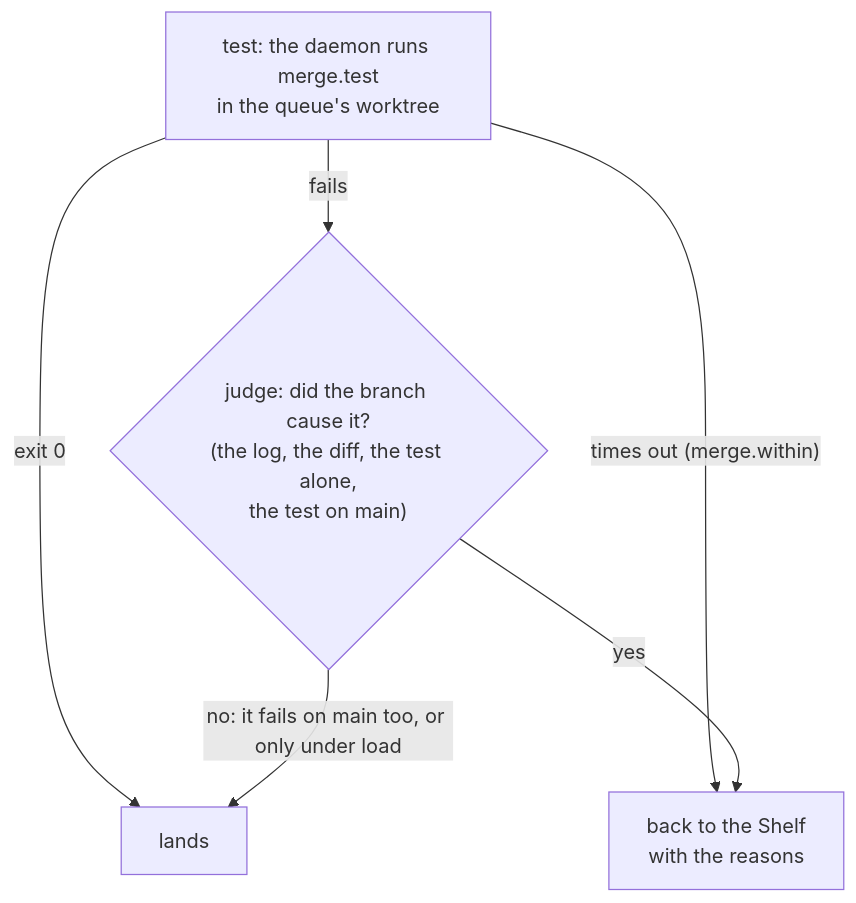
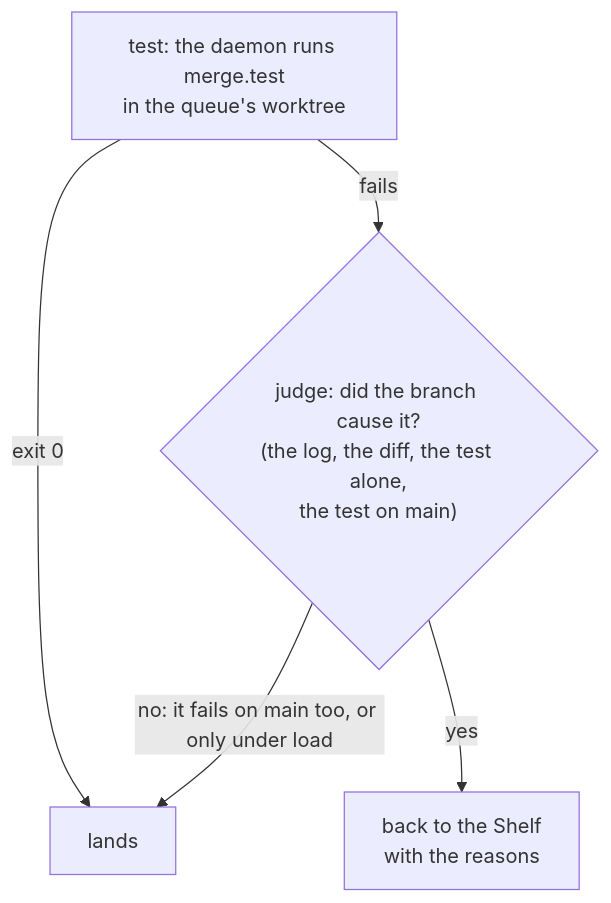
One commit to tampopogk/kanna changed the fourth of 5 diagrams in docs/specs/merge-queue.md. Above: the diagram before and after it, drawn with Mermaid. The commit also changed other lines of this file and 3 other files, not shown here.

Commit message:
Merge queue: the tests have no time limit; merge.within is gone, and only a repo's own pipeline can set within on a stage

````diff
--- a/docs/specs/merge-queue.md
+++ b/docs/specs/merge-queue.md
@@ -131,8 +131,7 @@
 ```mermaid
 flowchart TD
     T["test: the daemon runs merge.test<br/>in the queue's worktree"] -->|"exit 0"| P["lands"]
-    T -->|"times out (merge.within)"| F
     T -->|"fails"| J{"judge: did the branch cause it?<br/>(the log, the diff, the test alone,<br/>the test on main)"}
     J -->|"no: it fails on main too, or only under load"| P
     J -->|"yes"| F["back to the Shelf<br/>with the reasons"]
 ```
````
